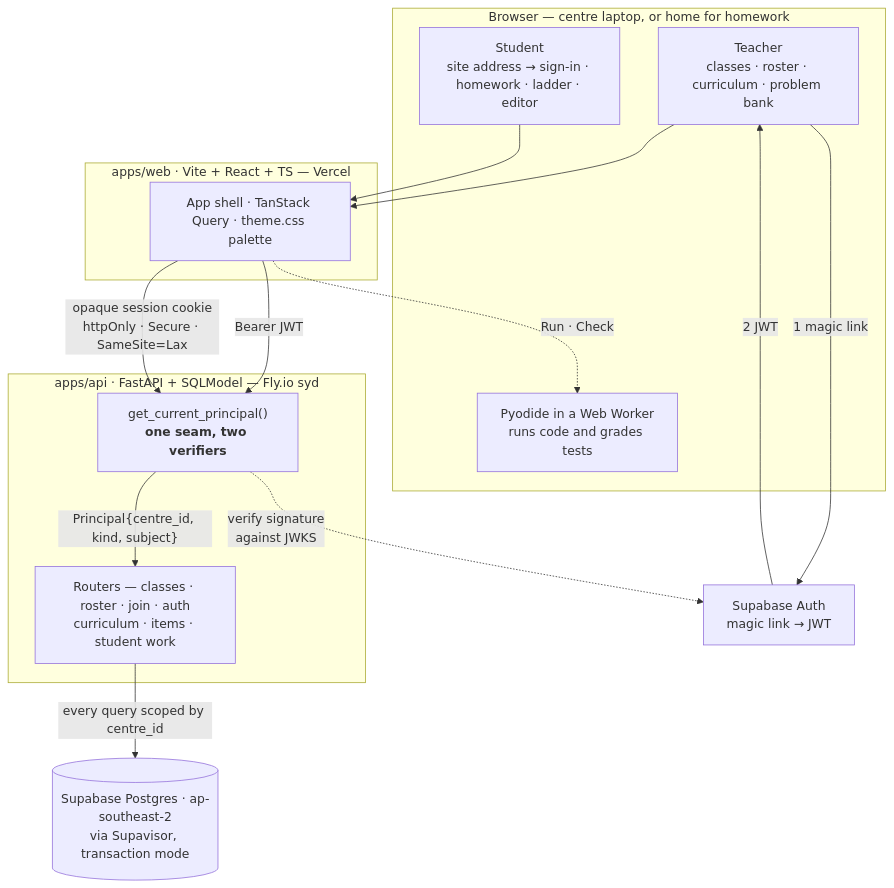
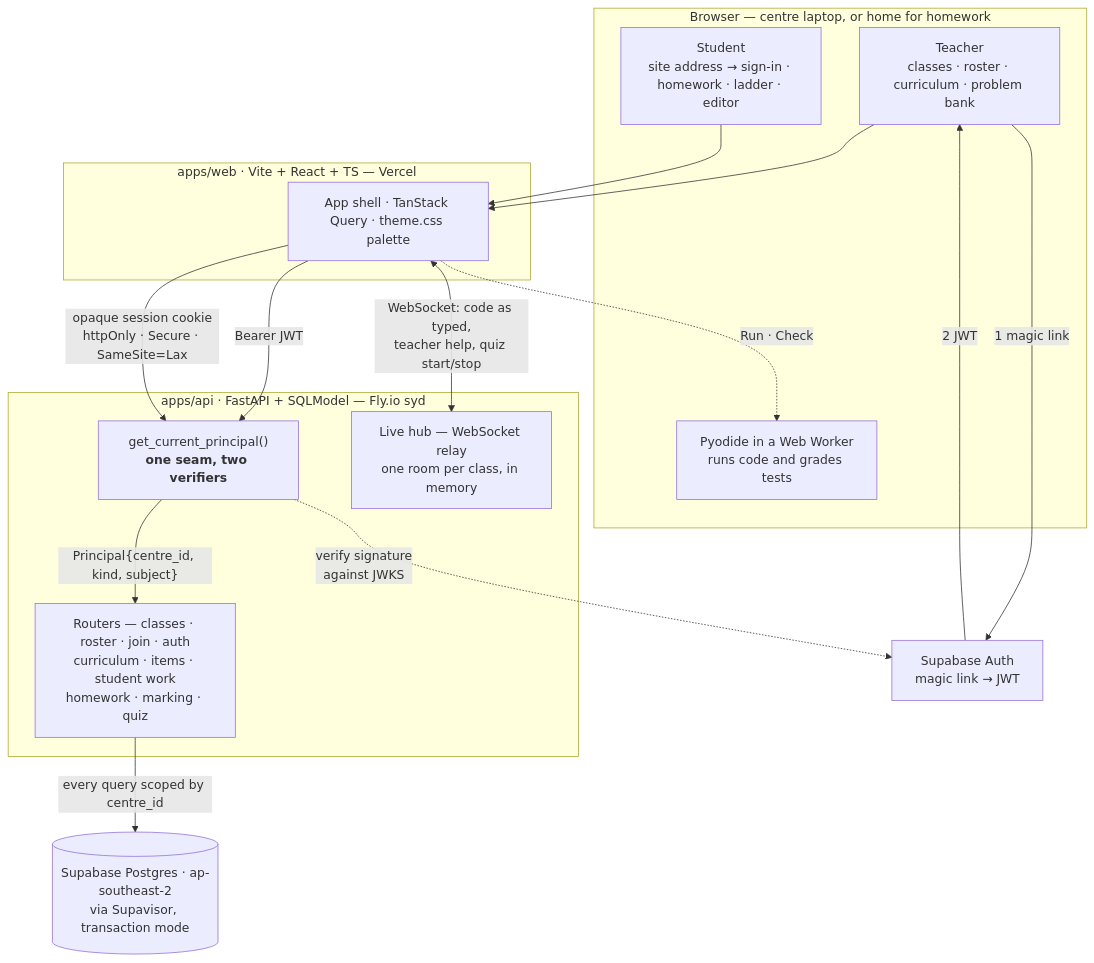
Before and after one commit to ryuken101/yogucode: the first of 2 diagrams in README.md, drawn with Mermaid. The commit also changed other lines of this file and 75 other files, not shown here.

````diff
--- a/README.md
+++ b/README.md
@@ -27,31 +27,33 @@
 ```mermaid
 flowchart TB
     subgraph browser["Browser — centre laptop, or home for homework"]
         teacher["Teacher<br/>classes · roster · curriculum · problem bank"]
         student["Student<br/>site address → sign-in · homework · ladder · editor"]
         pyodide["Pyodide in a Web Worker<br/>runs code and grades tests"]
     end
 
     subgraph webapp["apps/web · Vite + React + TS — Vercel"]
         shell["App shell · TanStack Query · theme.css palette"]
     end
 
     subgraph apisvc["apps/api · FastAPI + SQLModel — Fly.io syd"]
         seam["get_current_principal()<br/><b>one seam, two verifiers</b>"]
-        routes["Routers — classes · roster · join · auth<br/>curriculum · items · student work"]
+        routes["Routers — classes · roster · join · auth<br/>curriculum · items · student work<br/>homework · marking · quiz"]
+        hub["Live hub — WebSocket relay<br/>one room per class, in memory"]
     end
 
     auth["Supabase Auth<br/>magic link → JWT"]
     db[("Supabase Postgres · ap-southeast-2<br/>via Supavisor, transaction mode")]
 
     teacher -- "1 magic link" --> auth
     auth -- "2 JWT" --> teacher
     teacher --> shell
     student --> shell
     shell -. "Run · Check" .-> pyodide
+    shell <-- "WebSocket: code as typed,<br/>teacher help, quiz start/stop" --> hub
     shell -- "Bearer JWT" --> seam
     shell -- "opaque session cookie<br/>httpOnly · Secure · SameSite=Lax" --> seam
     seam -. "verify signature<br/>against JWKS" .-> auth
     seam -- "Principal{centre_id, kind, subject}" --> routes
     routes -- "every query scoped by centre_id" --> db
 ```
````
